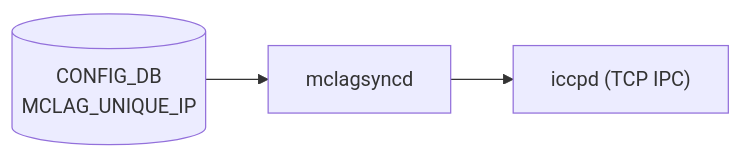
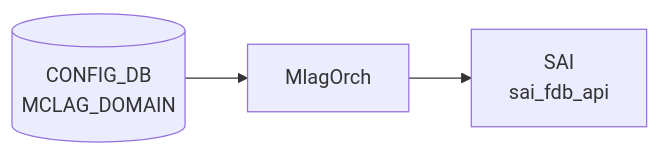
One commit to aoki-taquan/sonic-unofficial-docs changed the diagram in docs/reference/config-db/mclag-unique-ip.md. Above: the diagram before and after it, drawn with Mermaid. The commit also changed other lines of this file and 359 other files, not shown here.

````diff
--- a/docs/reference/config-db/mclag-unique-ip.md
+++ b/docs/reference/config-db/mclag-unique-ip.md
@@ -56,8 +56,8 @@
 ```mermaid
 flowchart LR
-  CDB[("CONFIG_DB<br/>MCLAG_UNIQUE_IP")]
-  SY["mclagsyncd"]
-  CDB --> SY
-  IC["iccpd (TCP IPC)"]
-  SY --> IC
+  CDB[("CONFIG_DB<br/>MCLAG_DOMAIN")]
+  DM["MlagOrch"]
+  CDB --> DM
+  SAI["SAI<br/>sai_fdb_api"]
+  DM --> SAI
 ```
````
